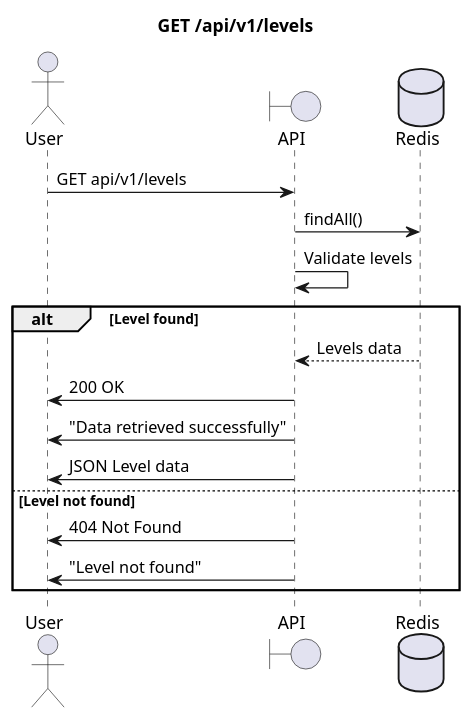
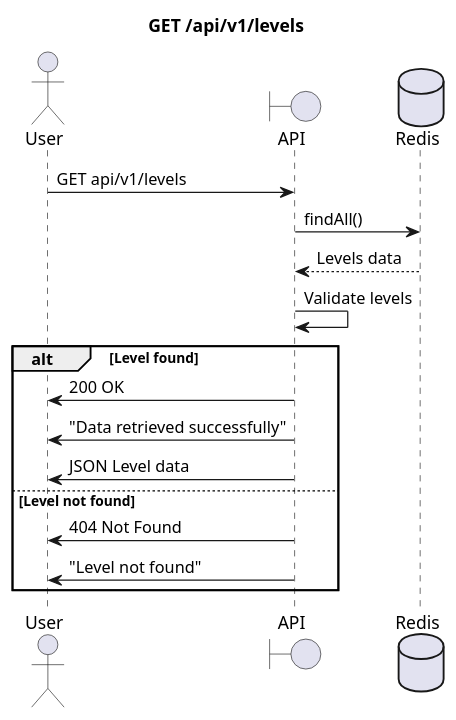
Before and after one commit to b6428259/PriorLab1: the diagram in PlantUML/Level/getLevels.puml, drawn with PlantUML. The commit also changed 21 other files, not shown here.

```diff
--- a/PlantUML/Level/getLevels.puml
+++ b/PlantUML/Level/getLevels.puml
@@ -1,22 +1,23 @@
 @startuml
 title GET /api/v1/levels
 
 actor User as u
 boundary API as a
 database Redis as d
 
 u->a : GET api/v1/levels
 a->d: findAll()
+    d-->a : Levels data
 a->a : Validate levels
 
 alt Level found
-    d-->a : Levels data
+
     a->u : 200 OK
     a->u : "Data retrieved successfully"
     a->u : JSON Level data
 else Level not found
     a->u : 404 Not Found
     a->u : "Level not found"
 end
 
 @enduml
```
